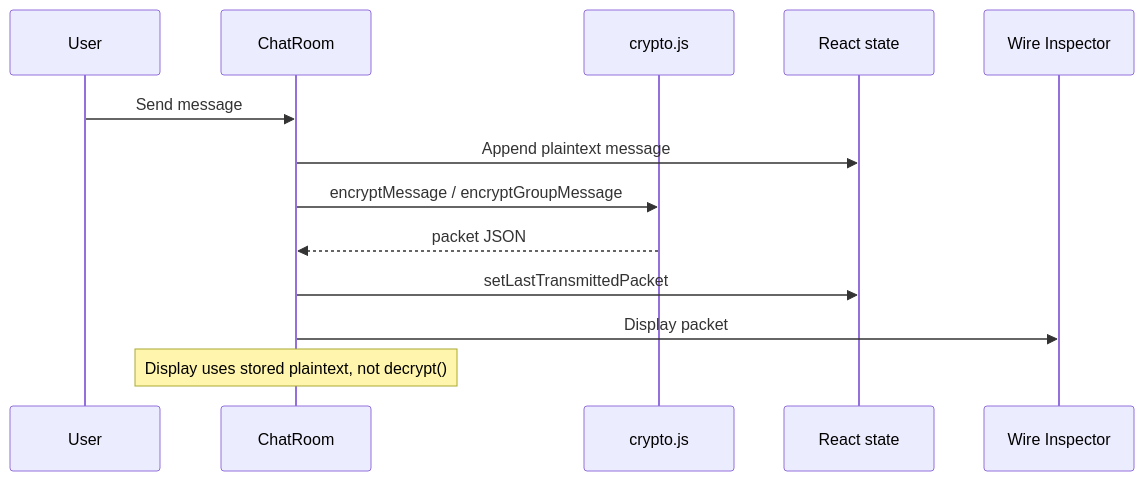
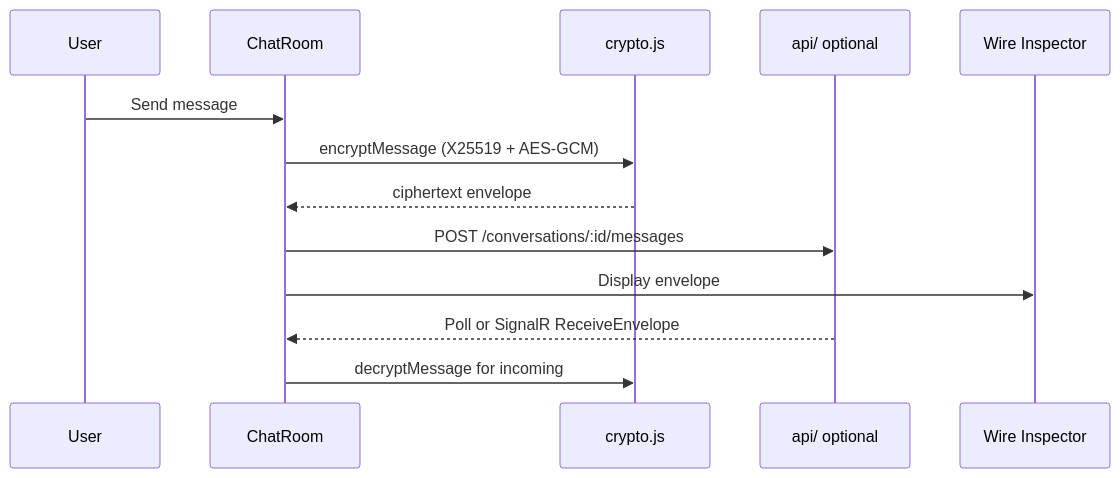
The second of 2 diagrams in docs/ARCHITECTURE.md (Jono120/aether-chat), drawn with Mermaid before and after one commit. The commit also changed other lines of this file and 102 other files, not shown here.

````diff
--- a/docs/ARCHITECTURE.md
+++ b/docs/ARCHITECTURE.md
@@ -133,16 +144,16 @@
 ```mermaid
 sequenceDiagram
   participant User
   participant ChatRoom
   participant Crypto as crypto.js
-  participant State as React state
+  participant API as api/ optional
   participant Inspector as Wire Inspector
 
   User->>ChatRoom: Send message
-  ChatRoom->>State: Append plaintext message
-  ChatRoom->>Crypto: encryptMessage / encryptGroupMessage
-  Crypto-->>ChatRoom: packet JSON
-  ChatRoom->>State: setLastTransmittedPacket
-  ChatRoom->>Inspector: Display packet
-  Note over ChatRoom: Display uses stored plaintext, not decrypt()
+  ChatRoom->>Crypto: encryptMessage (X25519 + AES-GCM)
+  Crypto-->>ChatRoom: ciphertext envelope
+  ChatRoom->>API: POST /conversations/:id/messages
+  ChatRoom->>Inspector: Display envelope
+  API-->>ChatRoom: Poll or SignalR ReceiveEnvelope
+  ChatRoom->>Crypto: decryptMessage for incoming
 ```
````
